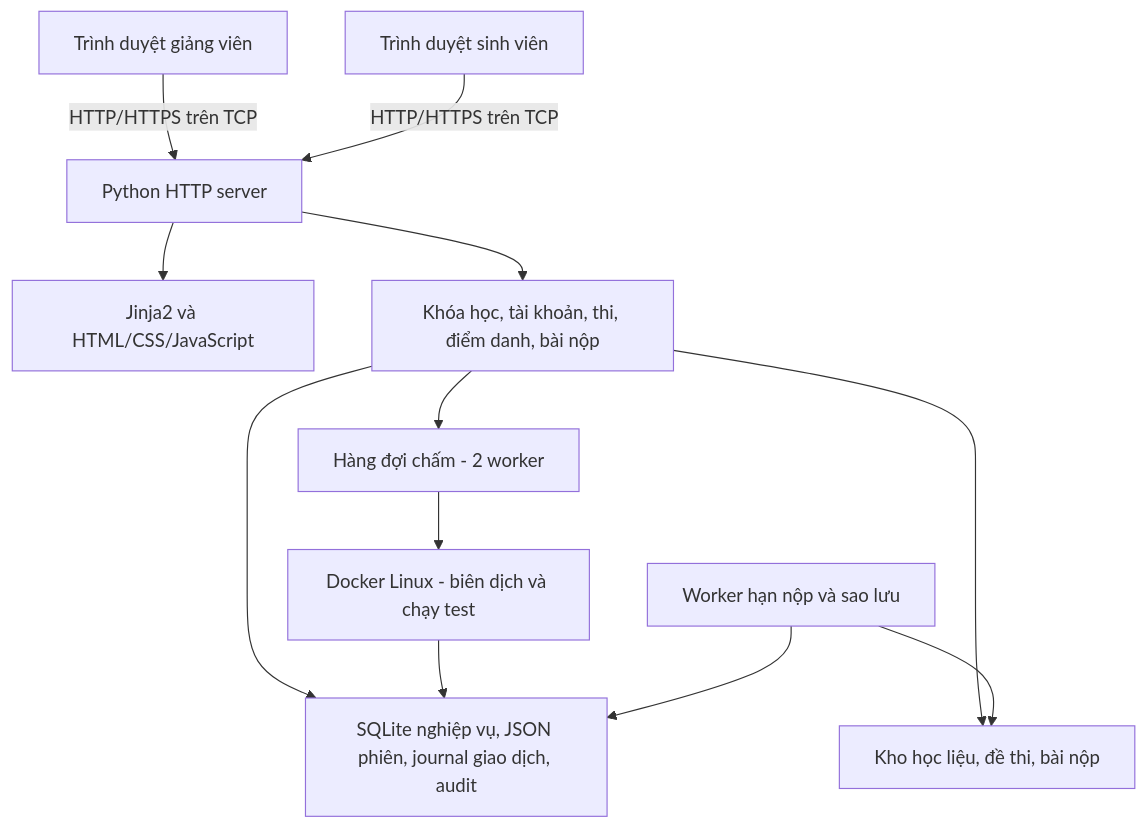
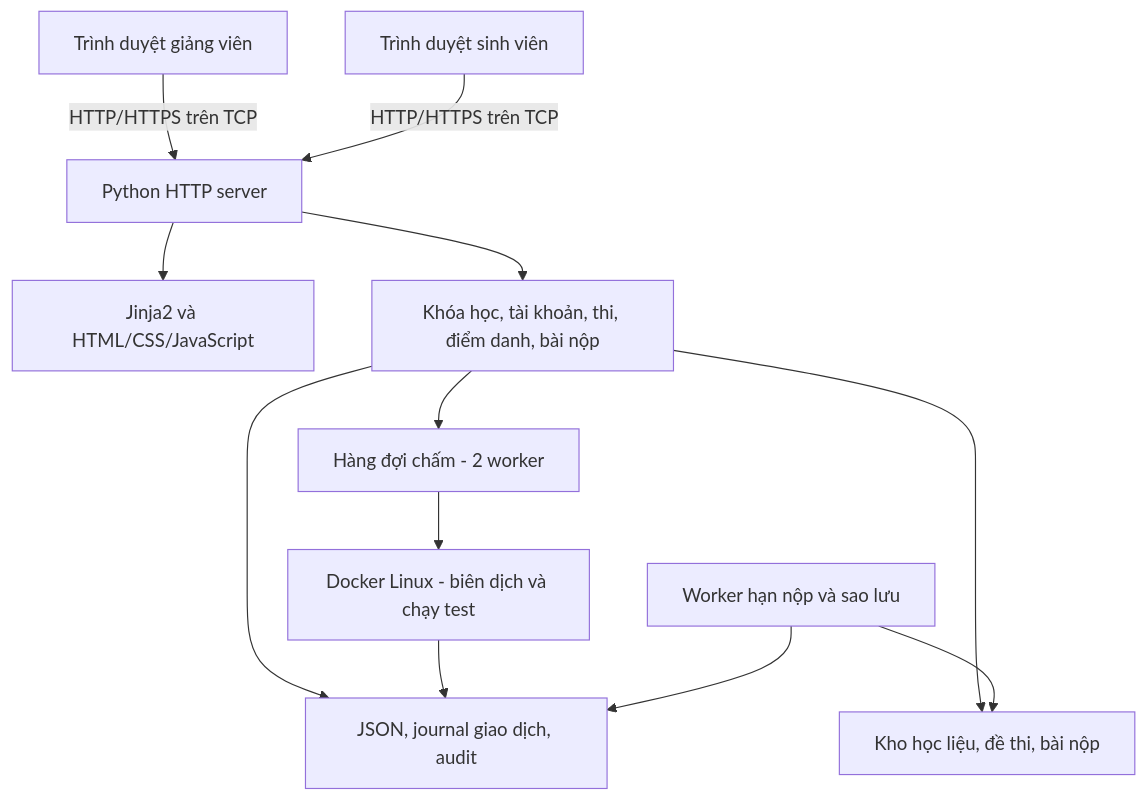
The first of 2 diagrams in README.md (VQuyy-1458/Nhom15_LMSLAN_Source), drawn with Mermaid before and after one commit. The commit also changed other lines of this file and 41 other files, not shown here.

````diff
--- a/README.md
+++ b/README.md
@@ -139,14 +138,14 @@
 ```mermaid
 flowchart TD
     A[Trình duyệt giảng viên] -->|HTTP/HTTPS trên TCP| S
     B[Trình duyệt sinh viên] -->|HTTP/HTTPS trên TCP| S
     S[Python HTTP server] --> T[Jinja2 và HTML/CSS/JavaScript]
     S --> L[Khóa học, tài khoản, thi, điểm danh, bài nộp]
-    L --> D[SQLite nghiệp vụ, JSON phiên, journal giao dịch, audit]
+    L --> D[JSON, journal giao dịch, audit]
     L --> F[Kho học liệu, đề thi, bài nộp]
     L --> Q[Hàng đợi chấm - 2 worker]
     Q --> C[Docker Linux - biên dịch và chạy test]
     C --> D
     W[Worker hạn nộp và sao lưu] --> D
     W --> F
 ```
````
